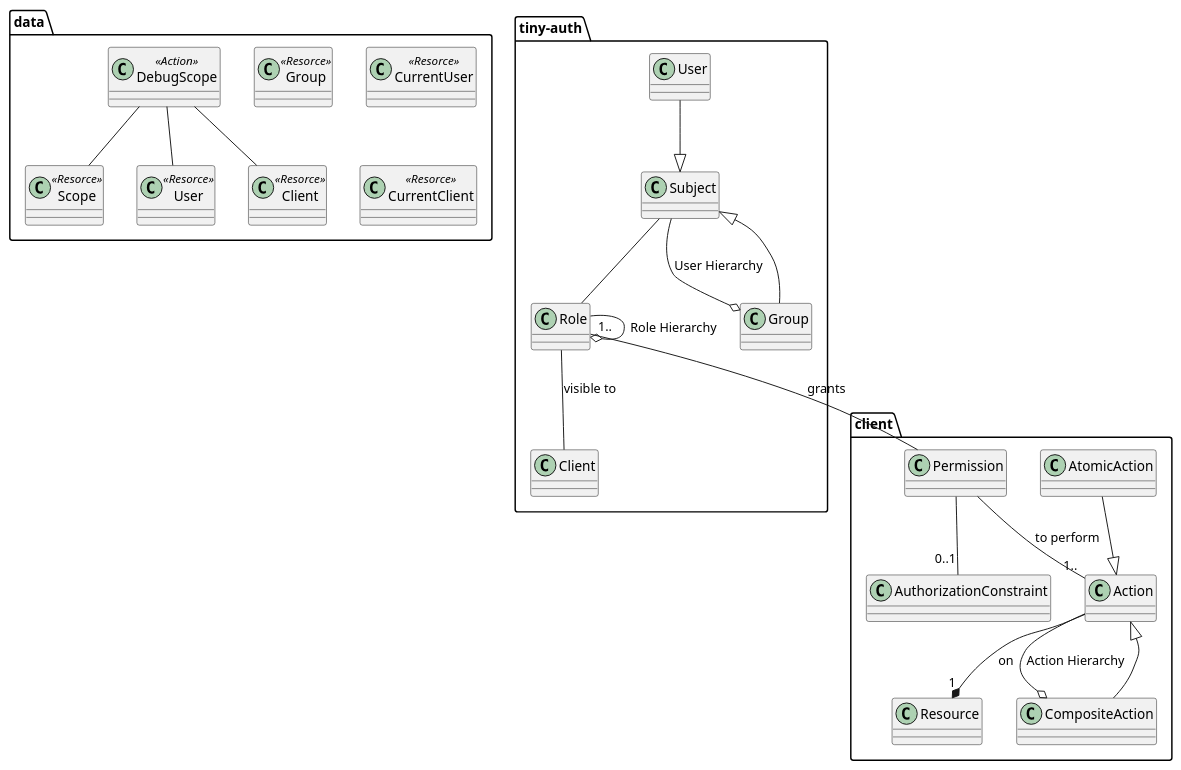
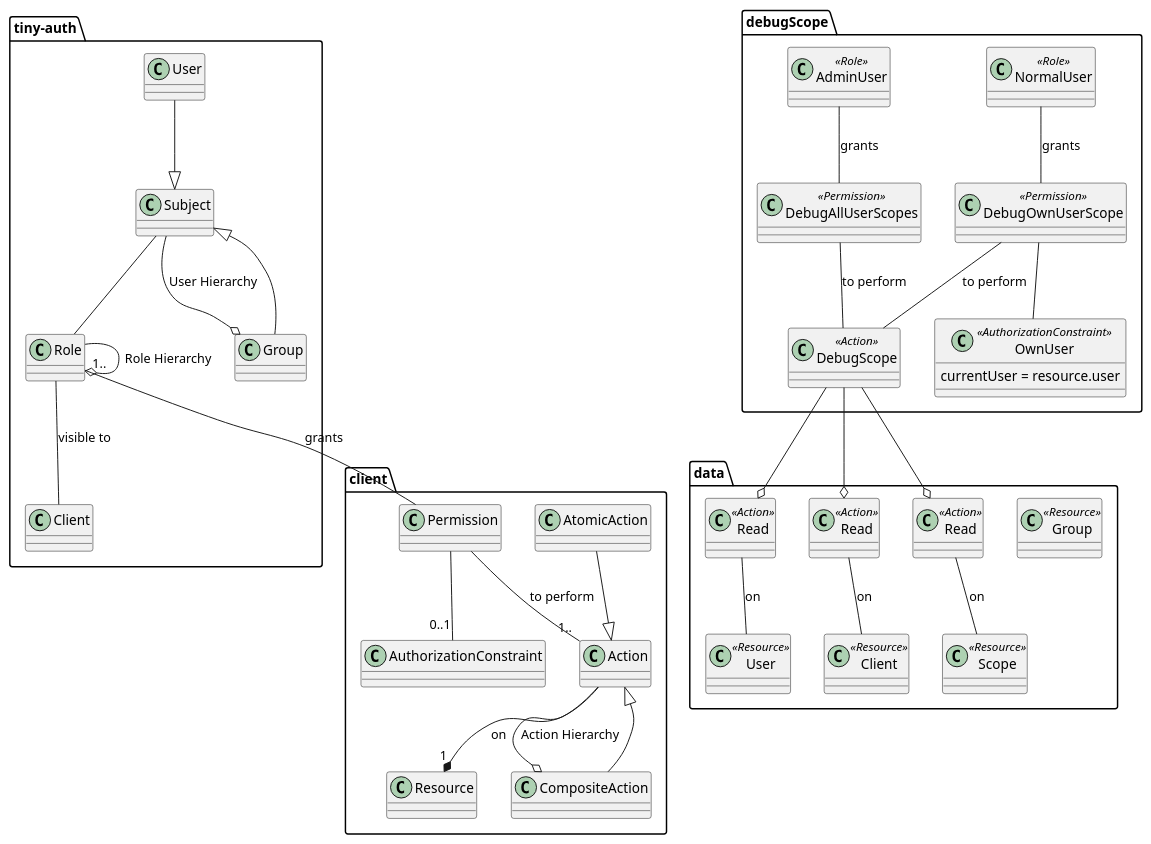
The diagram in dev/rbac.plantuml (F1rst-Unicorn/tiny-auth), drawn with PlantUML before and after one commit.

Commit message:
Issue #40 Model debug scopes action

```diff
--- a/dev/rbac.plantuml
+++ b/dev/rbac.plantuml
@@ -1,55 +1,82 @@
 @startuml
 
 package client {
     class Resource
     class Action
     class AtomicAction
     class CompositeAction
 
     class Permission
     class AuthorizationConstraint
 }
 
 package tiny-auth {
     class Role
     class Subject
     class Group
     class User
 
     class Client
 }
 
 User --|> Subject
 Group --|> Subject
 Subject --o Group: User Hierarchy
 
 Role --o Role: Role Hierarchy
 
 Subject -- Role
 Role -- Client: visible to
 Role "1.." -- Permission: grants
 
 Permission -- "1.." Action: to perform
 Permission -- "0..1"  AuthorizationConstraint
 
 AtomicAction --|> Action
 CompositeAction --|> Action
 Action --o CompositeAction: Action Hierarchy
 
 Action --* "1" Resource: on
 
 package data {
-    class Scope <<Resorce>>
-    class User <<Resorce>>
-    class Client <<Resorce>>
-    class Group <<Resorce>>
-    class CurrentUser <<Resorce>>
-    class CurrentClient <<Resorce>>
+    class Scope <<Resource>>
+    class User <<Resource>>
+    class Client <<Resource>>
+    class Group <<Resource>>
 
+    class "Read" as ReadUser <<Action>>
+    class "Read" as ReadClient <<Action>>
+    class "Read" as ReadScope <<Action>>
+
+    ReadUser -- data.User: on
+    ReadClient -- data.Client: on
+    ReadScope -- data.Scope: on
+
+}
+
+package debugScope {
     class DebugScope <<Action>>
-    DebugScope -- data.Scope
-    DebugScope -- data.User
-    DebugScope -- data.Client
+
+    class DebugOwnUserScope <<Permission>>
+    class OwnUser <<AuthorizationConstraint>> {
+        currentUser = resource.user
+    }
+    class DebugAllUserScopes <<Permission>>
+
+    class NormalUser <<Role>>
+    class AdminUser <<Role>>
+
+    DebugScope --o ReadUser
+    DebugScope --o ReadClient
+    DebugScope --o ReadScope
+
+    DebugAllUserScopes -- DebugScope: to perform
+    DebugOwnUserScope -- OwnUser
+    DebugOwnUserScope -- DebugScope: to perform
+
+    NormalUser -- DebugOwnUserScope: grants
+    AdminUser -- DebugAllUserScopes: grants
+
 }
 
 @enduml
```
